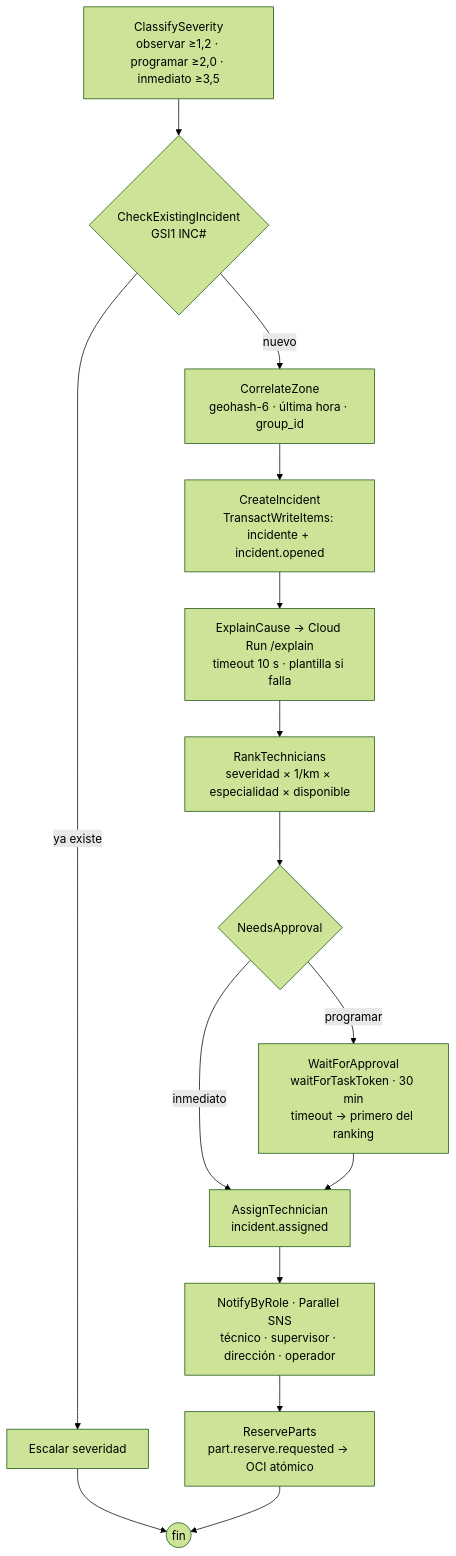
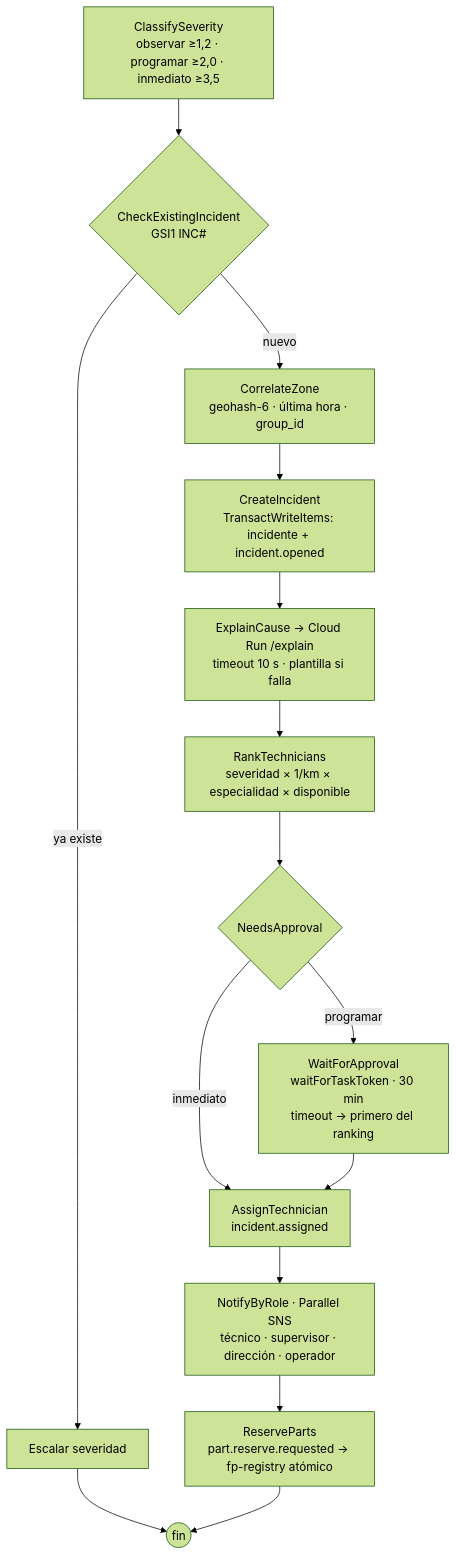
Before and after one commit to ArquiFusion-motosierra/fleetpulse: the first of 2 diagrams in docs/architecture.md, drawn with Mermaid (forest theme). The commit also changed other lines of this file and 10 other files, not shown here.

First line of the commit message:
feat: plan B without OCI — registry in DynamoDB, console in Cloud Run

````diff
--- a/docs/architecture.md
+++ b/docs/architecture.md
@@ -39,16 +40,16 @@
 ```mermaid
 flowchart TD
     A[ClassifySeverity<br/>observar ≥1,2 · programar ≥2,0 · inmediato ≥3,5] --> B{CheckExistingIncident<br/>GSI1 INC#}
     B -- ya existe --> B2[Escalar severidad] --> Z((fin))
     B -- nuevo --> C[CorrelateZone<br/>geohash-6 · última hora · group_id]
     C --> D[CreateIncident<br/>TransactWriteItems: incidente + incident.opened]
     D --> E[ExplainCause → Cloud Run /explain<br/>timeout 10 s · plantilla si falla]
     E --> F[RankTechnicians<br/>severidad × 1/km × especialidad × disponible]
     F --> G{NeedsApproval}
     G -- programar --> H[WaitForApproval<br/>waitForTaskToken · 30 min<br/>timeout → primero del ranking]
     G -- inmediato --> I
     H --> I[AssignTechnician<br/>incident.assigned]
     I --> J[NotifyByRole · Parallel SNS<br/>técnico · supervisor · dirección · operador]
-    J --> K[ReserveParts<br/>part.reserve.requested → OCI atómico]
+    J --> K[ReserveParts<br/>part.reserve.requested → fp-registry atómico]
     K --> Z
 ```
````
